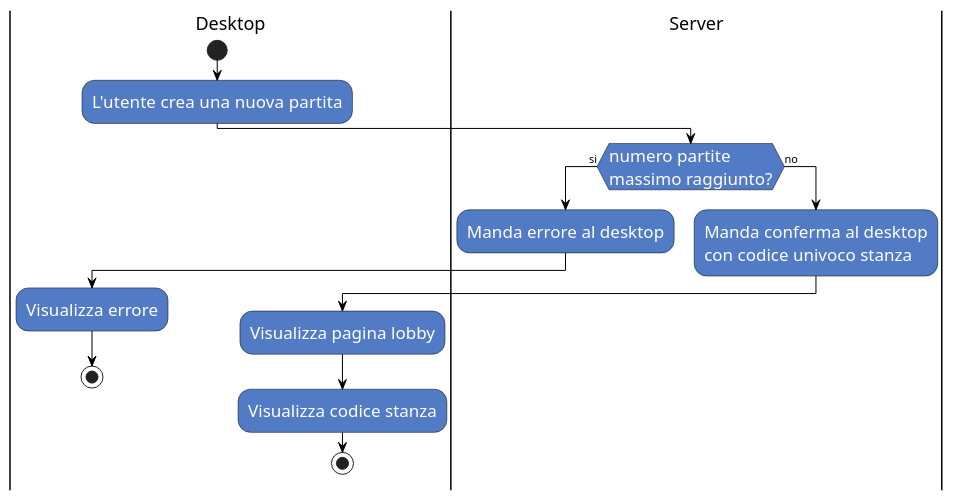
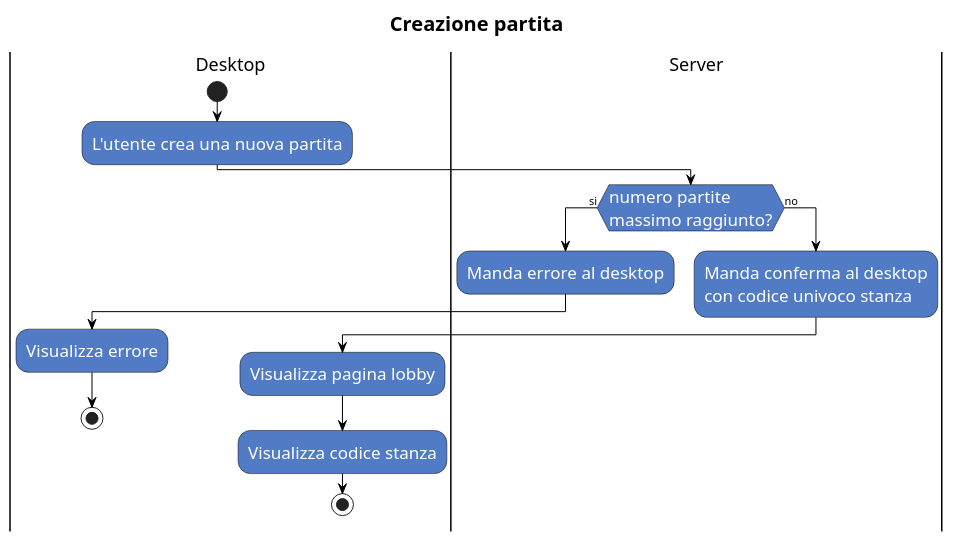
Before and after one commit to SpadeaLorenzo/Bowling2gether: the diagram in 7_Allegati/DiagrammiDIFlusso/Creazione_Partita.puml, drawn with PlantUML. The commit also changed 5 other files, not shown here.

Commit message:
Update flow diagrams

```diff
--- a/7_Allegati/DiagrammiDIFlusso/Creazione_Partita.puml
+++ b/7_Allegati/DiagrammiDIFlusso/Creazione_Partita.puml
@@ -1,29 +1,36 @@
 @startuml name
 skinparam activity {
     FontColor          white
     AttributeFontColor white
     FontSize           17
     AttributeFontSize  15
     AttributeFontname  Droid Sans Mono
     BackgroundColor    #527BC6
     BorderColor        black
     ArrowColor         black
 }
+skinparam title {
+    FontColor          black 
+    FontSize           20
+    AttributeFontSize  15
+    AttributeFontname  Droid Sans Mono
+}
+title Creazione partita
 |Desktop|
 start
 :L'utente crea una nuova partita;
 |Server|
 if (numero partite \nmassimo raggiunto?) is (si) then
 :Manda errore al desktop;
 |Desktop|
 :Visualizza errore;
 stop
 else (no)
 |Server|
 :Manda conferma al desktop 
 con codice univoco stanza;
 |Desktop|
 :Visualizza pagina lobby;
 :Visualizza codice stanza;
 stop
 @enduml
```
